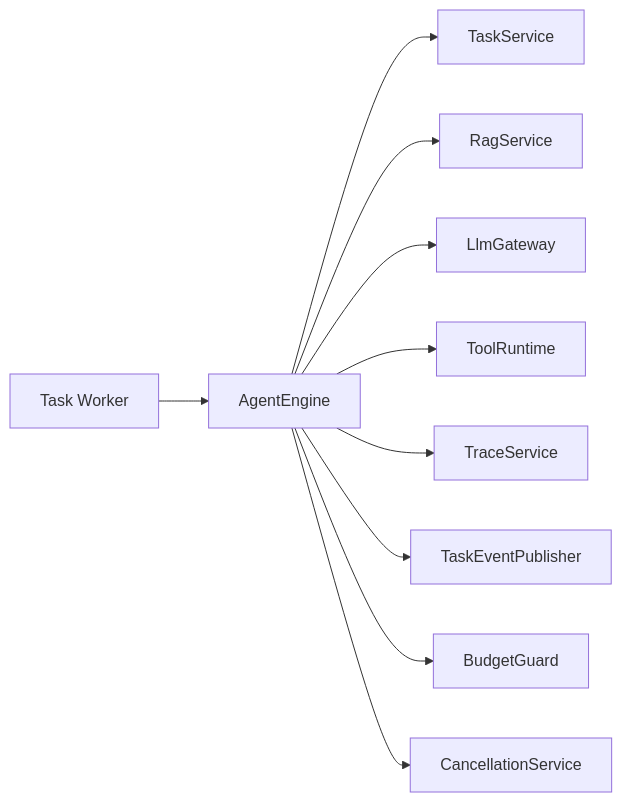
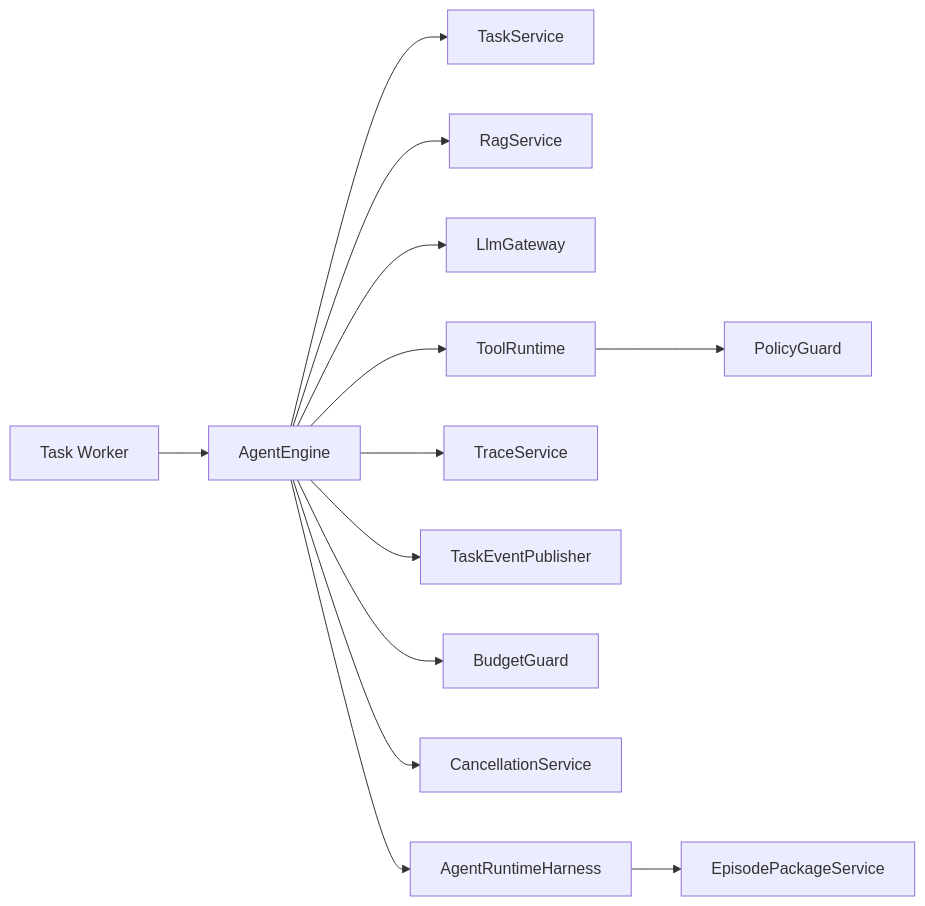
Before and after one commit to Xavi-L/AgentFlow-Hub: the first of 3 diagrams in agentflow-hub-agent-engine-design.md, drawn with Mermaid. The commit also changed other lines of this file and 9 other files, not shown here.

Commit message:
docs: add agent runtime harness plan

````diff
--- a/agentflow-hub-agent-engine-design.md
+++ b/agentflow-hub-agent-engine-design.md
@@ -74,12 +77,15 @@
 ```mermaid
 flowchart LR
     TaskWorker["Task Worker"] --> AgentEngine["AgentEngine"]
     AgentEngine --> TaskService["TaskService"]
     AgentEngine --> RagService["RagService"]
     AgentEngine --> LlmGateway["LlmGateway"]
     AgentEngine --> ToolRuntime["ToolRuntime"]
     AgentEngine --> TraceService["TraceService"]
     AgentEngine --> EventPublisher["TaskEventPublisher"]
     AgentEngine --> BudgetGuard["BudgetGuard"]
     AgentEngine --> CancellationService["CancellationService"]
+    AgentEngine --> Harness["AgentRuntimeHarness"]
+    Harness --> Episode["EpisodePackageService"]
+    ToolRuntime --> PolicyGuard["PolicyGuard"]
 ```
````
